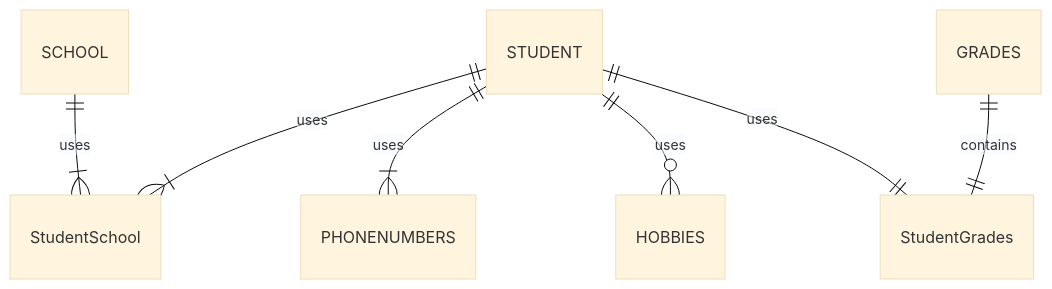
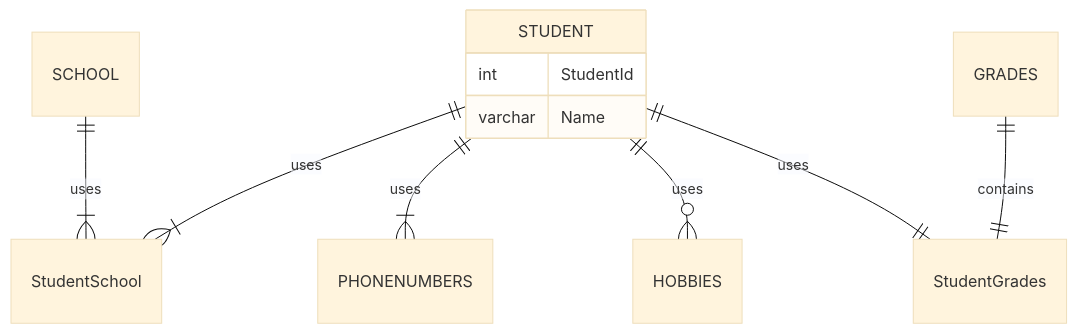
The diagram in README.md (HannahDJU22/db2022-Projekt1), drawn with Mermaid (base theme) before and after one commit.

Commit message:
trying to update er-diagram

````diff
--- a/README.md
+++ b/README.md
@@ -6,9 +6,13 @@
 ```mermaid
 erDiagram
+STUDENT {
+int StudentId
+varchar Name
+}
 STUDENT ||--|{ StudentSchool : uses
 SCHOOL ||--|{ StudentSchool : uses
 STUDENT ||--|{ PHONENUMBERS : uses
 STUDENT ||--o{ HOBBIES : uses
 STUDENT ||--|| StudentGrades : uses
 GRADES ||--|| StudentGrades : contains
 ```
````
